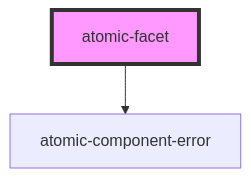
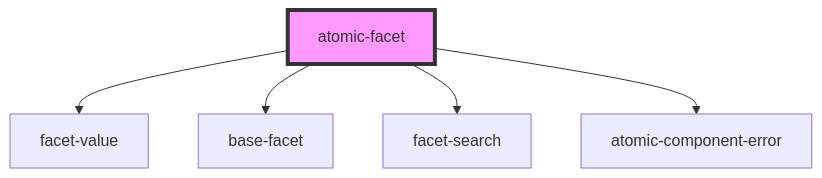
Before and after one commit to coveo/ui-kit: the diagram in packages/atomic/src/components/facets/atomic-facet/readme.md, drawn with Mermaid. The commit also changed other lines of this file and 8 other files, not shown here.

````diff
--- a/packages/atomic/src/components/facets/atomic-facet/readme.md
+++ b/packages/atomic/src/components/facets/atomic-facet/readme.md
@@ -24,5 +27,8 @@
 ```mermaid
 graph TD;
+  atomic-facet --> facet-value
+  atomic-facet --> base-facet
+  atomic-facet --> facet-search
   atomic-facet --> atomic-component-error
   style atomic-facet fill:#f9f,stroke:#333,stroke-width:4px
 ```
````
